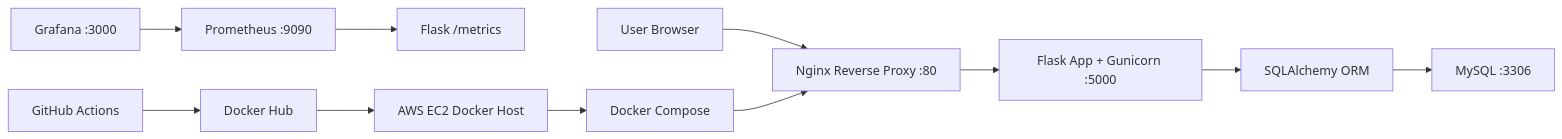
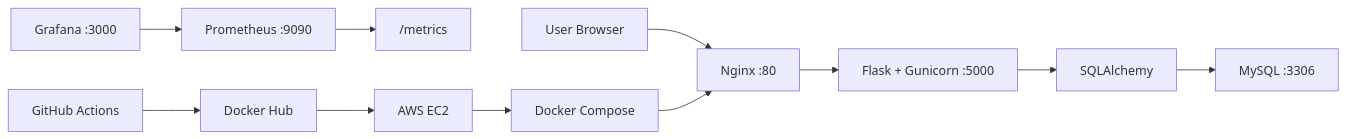
The first of 7 diagrams in docs/project-book.md (a0527645787-oss/world-cup-seat-booking-devops), drawn with Mermaid before and after one commit. The commit also changed other lines of this file and 2 other files, not shown here.

````diff
--- a/docs/project-book.md
+++ b/docs/project-book.md
@@ -170,13 +172,13 @@
 ```mermaid
 flowchart LR
-    User["User Browser"] --> Nginx["Nginx Reverse Proxy :80"]
-    Nginx --> App["Flask App + Gunicorn :5000"]
-    App --> ORM["SQLAlchemy ORM"]
+    User["User Browser"] --> Nginx["Nginx :80"]
+    Nginx --> App["Flask + Gunicorn :5000"]
+    App --> ORM["SQLAlchemy"]
     ORM --> DB["MySQL :3306"]
-    Prometheus["Prometheus :9090"] --> Metrics["Flask /metrics"]
+    Prometheus["Prometheus :9090"] --> Metrics["/metrics"]
     Grafana["Grafana :3000"] --> Prometheus
-    GitHub["GitHub Actions"] --> DockerHub["Docker Hub"]
-    DockerHub --> EC2["AWS EC2 Docker Host"]
+    Actions["GitHub Actions"] --> Hub["Docker Hub"]
+    Hub --> EC2["AWS EC2"]
     EC2 --> Compose["Docker Compose"]
     Compose --> Nginx
 ```
````
